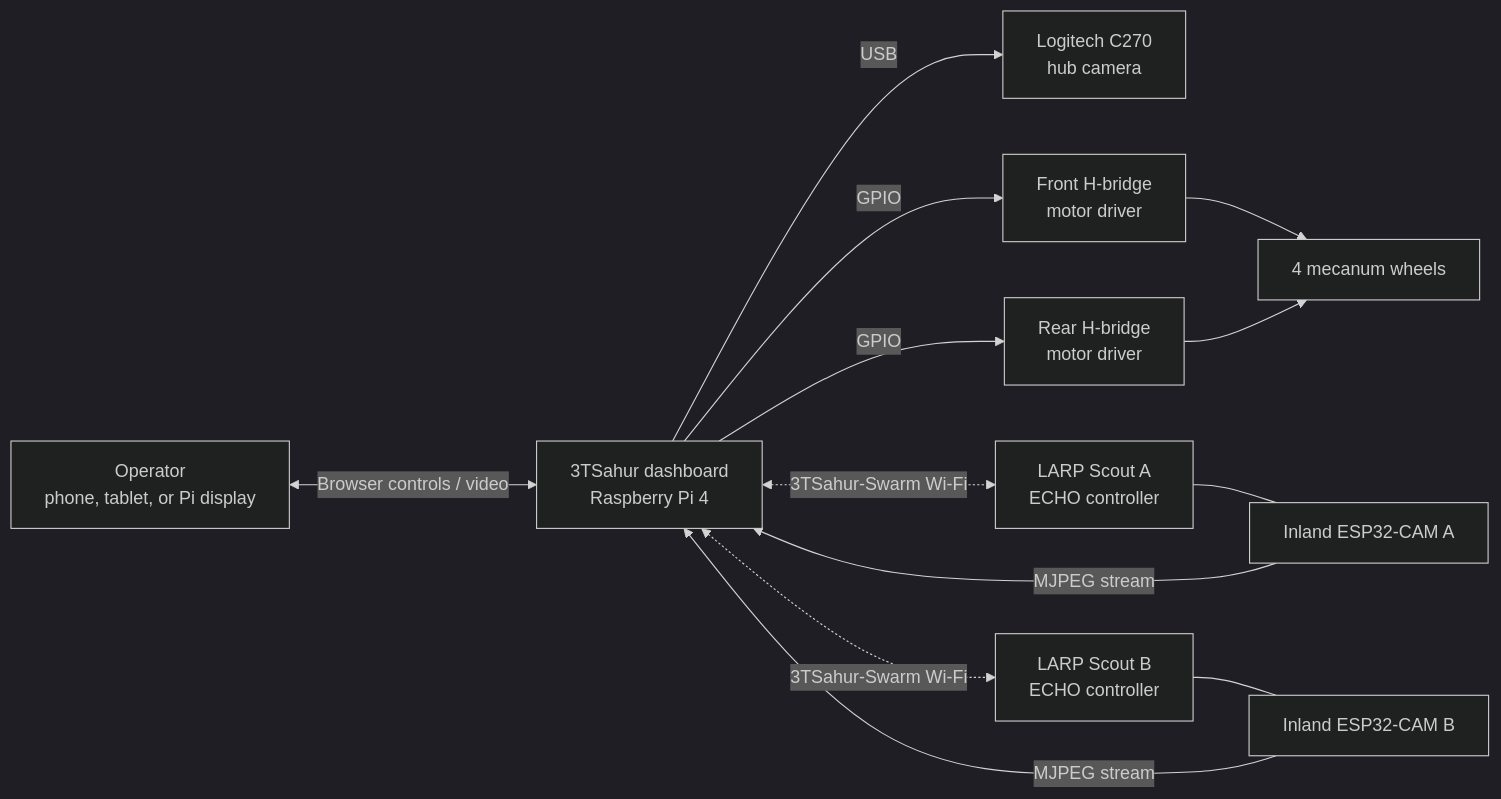
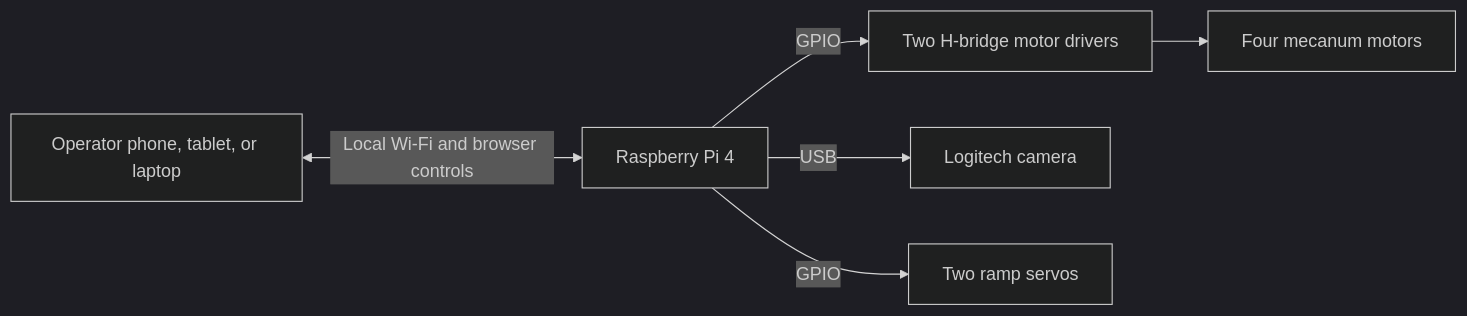
Before and after one commit to AloeVeraZ/CityTechClubProjects: the diagram in stem-research-academy/README.md, drawn with Mermaid (dark theme). The commit also changed other lines of this file and 33 other files, not shown here.

````diff
--- a/stem-research-academy/README.md
+++ b/stem-research-academy/README.md
@@ -66,15 +51,8 @@
 ```mermaid
 flowchart LR
-    O["Operator<br/>phone, tablet, or Pi display"] <-->|"Browser controls / video"| D["3TSahur dashboard<br/>Raspberry Pi 4"]
-    D -->|"USB"| C270["Logitech C270<br/>hub camera"]
-    D -->|"GPIO"| H1["Front H-bridge<br/>motor driver"]
-    D -->|"GPIO"| H2["Rear H-bridge<br/>motor driver"]
-    H1 --> W["4 mecanum wheels"]
-    H2 --> W
-    D <-. "3TSahur-Swarm Wi-Fi" .-> LA["LARP Scout A<br/>ECHO controller"]
-    D <-. "3TSahur-Swarm Wi-Fi" .-> LB["LARP Scout B<br/>ECHO controller"]
-    CA["Inland ESP32-CAM A"] -->|"MJPEG stream"| D
-    CB["Inland ESP32-CAM B"] -->|"MJPEG stream"| D
-    LA --- CA
-    LB --- CB
+    O["Operator phone, tablet, or laptop"] <-->|"Local Wi-Fi and browser controls"| P["Raspberry Pi 4"]
+    P -->|"GPIO"| D["Two H-bridge motor drivers"]
+    D --> M["Four mecanum motors"]
+    P -->|"USB"| C["Logitech camera"]
+    P -->|"GPIO"| S["Two ramp servos"]
 ```
````
